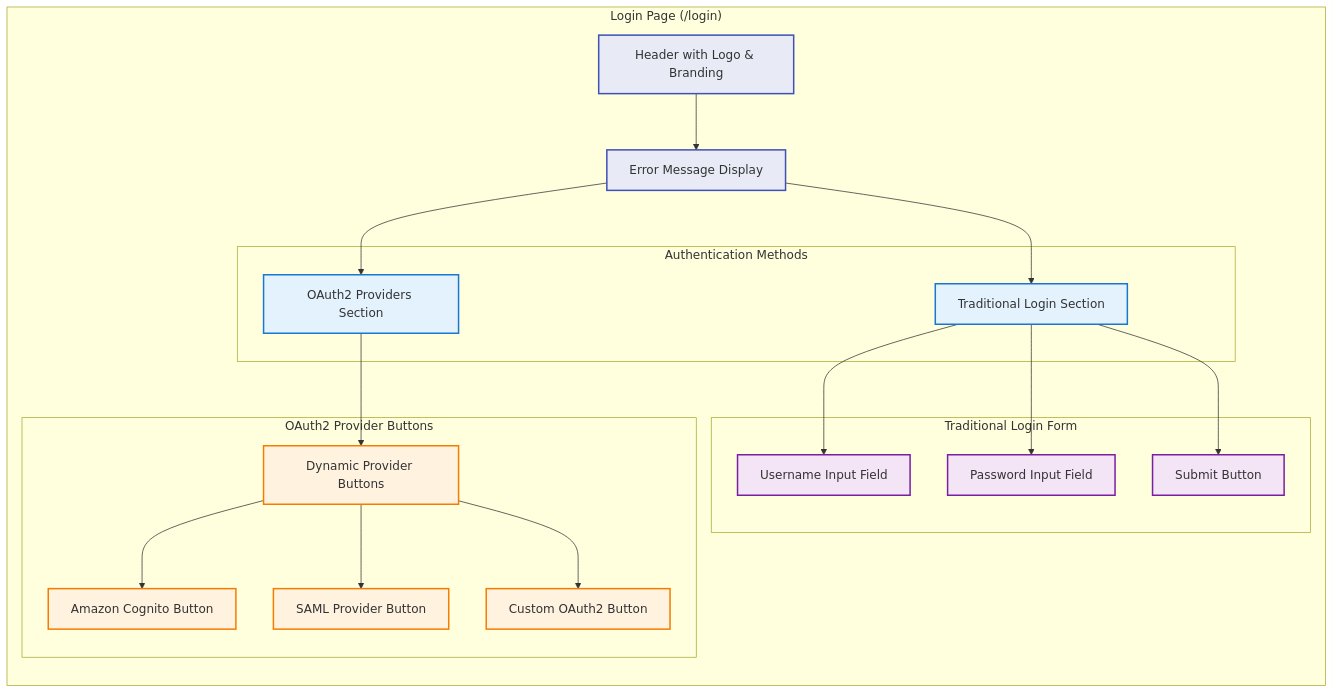
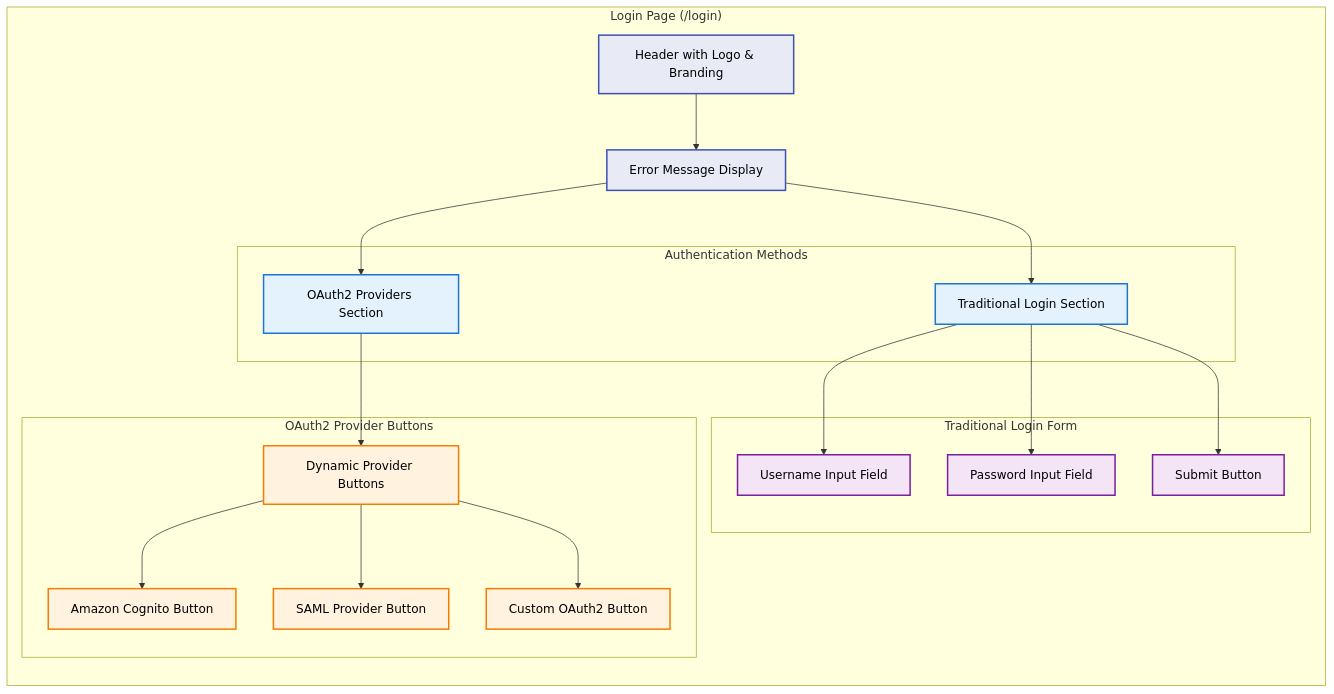
One commit to jrmatherly/mcp-registry-gateway changed the fourth of 12 diagrams in docs/registry-auth-detailed.md. Above: the diagram before and after it, drawn with Mermaid. The commit also changed other lines of this file and 3 other files, not shown here.

First line of the commit message:
``` docs: add explicit black text color to all Mermaid diagram styles for dark mode compatibility

````diff
--- a/docs/registry-auth-detailed.md
+++ b/docs/registry-auth-detailed.md
@@ -236,46 +236,46 @@
 ```mermaid
 graph LR
     subgraph "Login Page (/login)"
         LoginHeader[Header with Logo & Branding]
         ErrorDisplay[Error Message Display]
 
         subgraph "Authentication Methods"
             TraditionalSection[Traditional Login Section]
             OAuth2Section[OAuth2 Providers Section]
         end
 
         subgraph "Traditional Login Form"
             UsernameField[Username Input Field]
             PasswordField[Password Input Field]
             LoginButton[Submit Button]
         end
 
         subgraph "OAuth2 Provider Buttons"
             ProviderButtons[Dynamic Provider Buttons]
             CognitoBtn[Amazon Cognito Button]
             SAMLBtn[SAML Provider Button]
             CustomBtn[Custom OAuth2 Button]
         end
     end
 
     LoginHeader --> ErrorDisplay
     ErrorDisplay --> TraditionalSection
     ErrorDisplay --> OAuth2Section
     TraditionalSection --> UsernameField
     TraditionalSection --> PasswordField
     TraditionalSection --> LoginButton
     OAuth2Section --> ProviderButtons
     ProviderButtons --> CognitoBtn
     ProviderButtons --> SAMLBtn
     ProviderButtons --> CustomBtn
 
-    classDef header fill:#e8eaf6,stroke:#3f51b5,stroke-width:2px
-    classDef auth fill:#e3f2fd,stroke:#1976d2,stroke-width:2px
-    classDef form fill:#f3e5f5,stroke:#7b1fa2,stroke-width:2px
-    classDef oauth fill:#fff3e0,stroke:#f57c00,stroke-width:2px
+    classDef header fill:#e8eaf6,stroke:#3f51b5,stroke-width:2px,color:#000
+    classDef auth fill:#e3f2fd,stroke:#1976d2,stroke-width:2px,color:#000
+    classDef form fill:#f3e5f5,stroke:#7b1fa2,stroke-width:2px,color:#000
+    classDef oauth fill:#fff3e0,stroke:#f57c00,stroke-width:2px,color:#000
 
     class LoginHeader,ErrorDisplay header
     class TraditionalSection,OAuth2Section auth
     class UsernameField,PasswordField,LoginButton form
     class ProviderButtons,CognitoBtn,SAMLBtn,CustomBtn oauth
 ```
````
